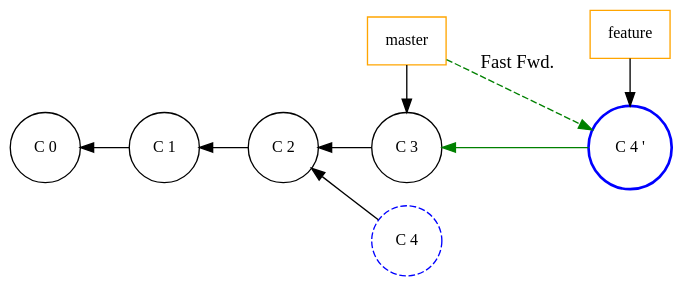
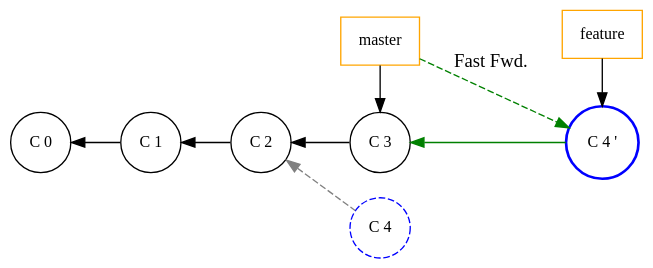
One commit to Gepardec/git-training changed the diagram in slides/intro/src/docs/asciidoc/graphviz/git-rebase-2.dot. Above: the diagram before and after it, drawn with Graphviz. The commit also changed 8 other files, not shown here.

Commit message:
- Some changes on graphs - Added section about git commit, branch, tags (labels in common)

```diff
--- a/slides/intro/src/docs/asciidoc/graphviz/git-rebase-2.dot
+++ b/slides/intro/src/docs/asciidoc/graphviz/git-rebase-2.dot
@@ -1,37 +1,38 @@
 digraph git_merge_fast_fwd {
     splines=line
     rankdir=LR
     bgcolor=transparent
 
-    node[width=0.3, shape=rect,fontsize=12.0, style="", color=orange]
+    node[shape=rect,fontsize=12.0, style="", color=orange]
     edge[dir=back, style=""]
     master [label="master"]
     feature [label="feature"]
 
     node[shape=circle,fontsize=12.0, style="", color=""]
     edge[dir=back, style=""]
 
     c_0 [label="C 0", group=master]
     c_1 [label="C 1", group=master]
     c_2 [label="C 2", group=master]
     c_3 [label="C 3", group=master]
 
     /* Marked nodes */
     node[shape=circle, color=blue, style=bold]
     c_4 [label="C 4 '", group=master]
     node[style=dashed]
     c_4_ [label="C 4", group=branch]
 
     edge[style=""]
     c_0 -> c_1 -> c_2
     c_2 -> c_3
-    c_2 -> c_4_
     master -> c_3 [dir=""]
     feature -> c_4 [dir=""]
     edge[color=green]
     c_3 -> c_4
     master -> c_4[style=dashed, label="Fast Fwd.", dir=""]
+    edge[color=gray, style=dashed]
+    c_2 -> c_4_
 
     {rank=same; c_3 c_4_ master}
     {rank=same; c_4 feature}
 }
```
